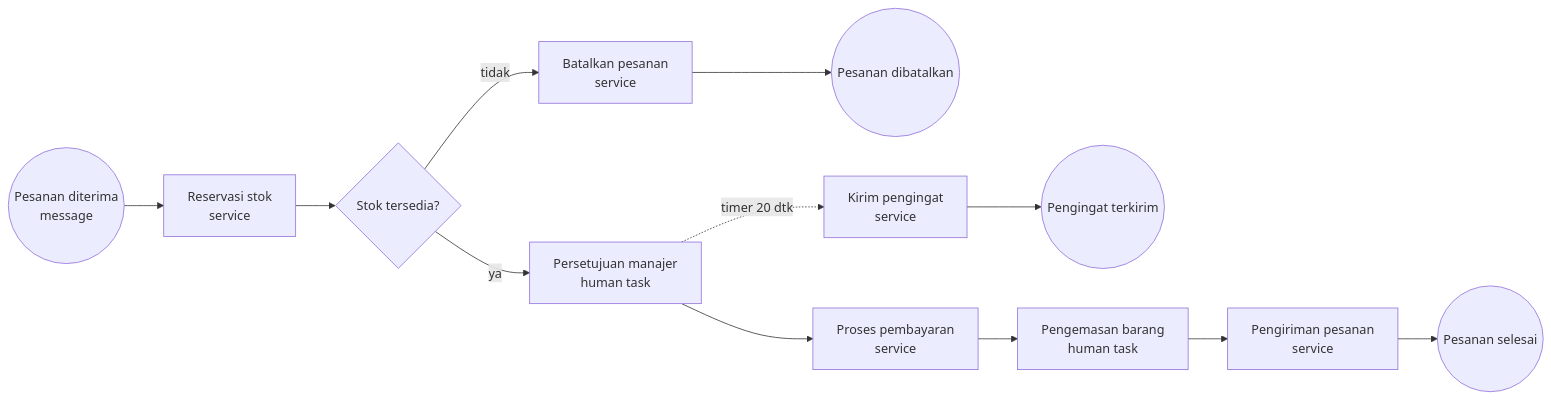
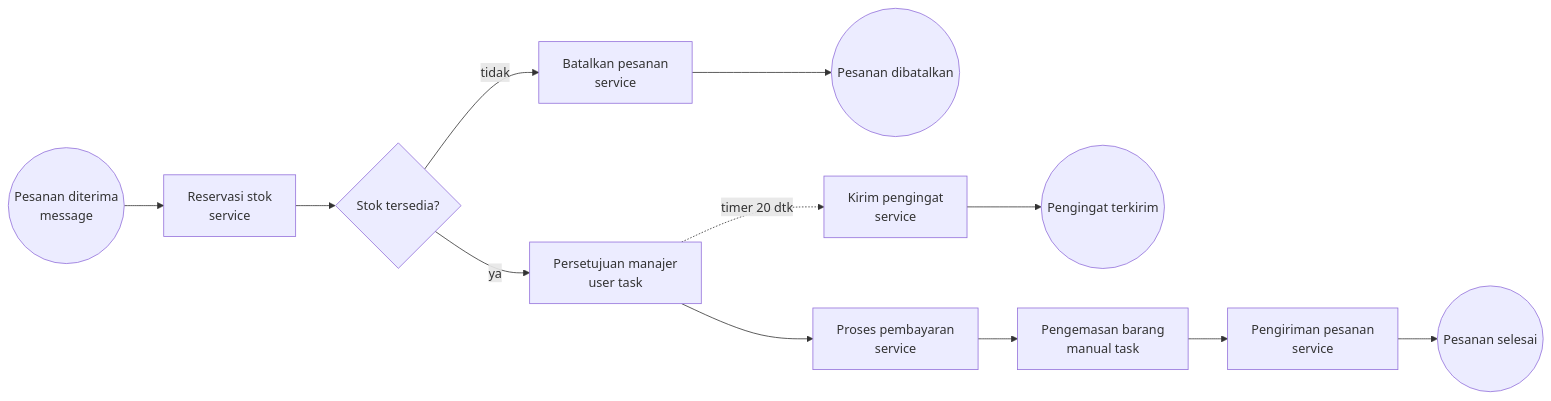
One commit to AryoBama/BPMN-Camunda changed the diagram in README.md. Above: the diagram before and after it, drawn with Mermaid. The commit also changed other lines of this file and 2 other files, not shown here.

Commit message:
Perjelas user task dan manual task pada BPMN

````diff
--- a/README.md
+++ b/README.md
@@ -21,14 +21,14 @@
 ```mermaid
 flowchart LR
     S((Pesanan diterima<br/>message)) --> R[Reservasi stok<br/>service]
     R --> G{Stok tersedia?}
-    G -- ya --> A[Persetujuan manajer<br/>human task]
+    G -- ya --> A[Persetujuan manajer<br/>user task]
     G -- tidak --> C[Batalkan pesanan<br/>service]
     C --> EC((Pesanan dibatalkan))
     A -. timer 20 dtk .-> T[Kirim pengingat<br/>service]
     T --> ET((Pengingat terkirim))
     A --> P[Proses pembayaran<br/>service]
-    P --> W[Pengemasan barang<br/>human task]
+    P --> W[Pengemasan barang<br/>manual task]
     W --> D[Pengiriman pesanan<br/>service]
     D --> E((Pesanan selesai))
 ```
````
